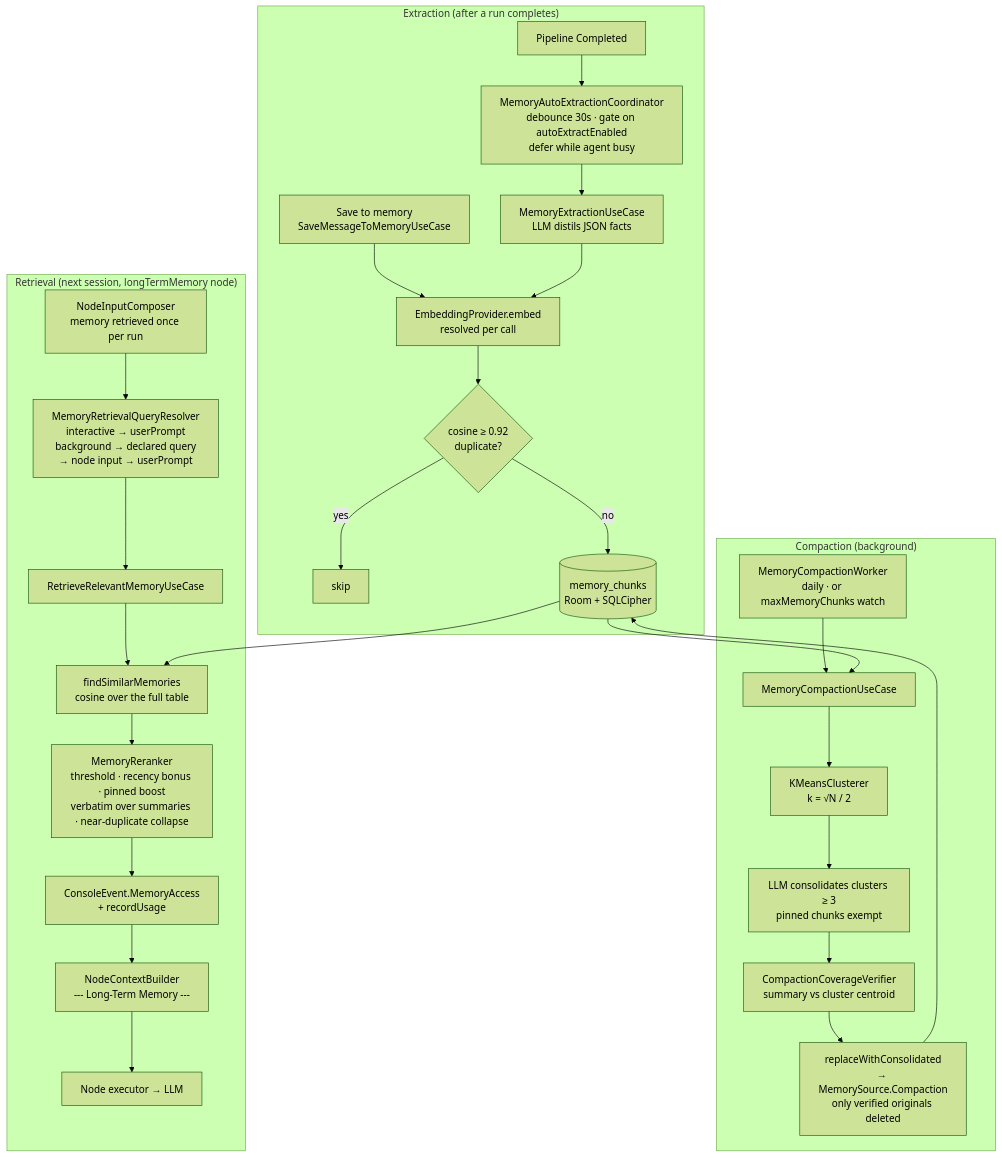
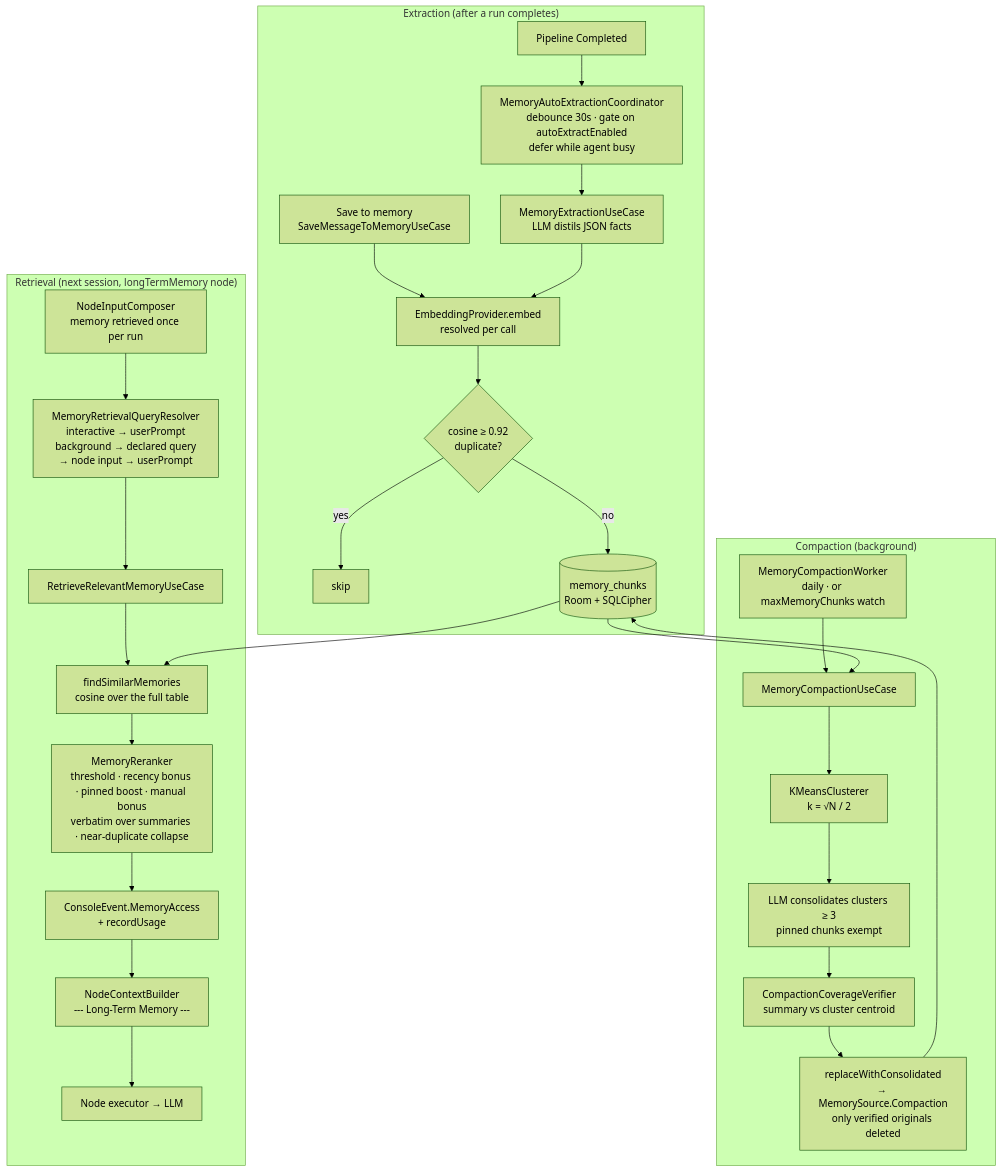
One commit to alexeyw/knotwork changed the third of 10 diagrams in docs/architecture.md. Above: the diagram before and after it, drawn with Mermaid (forest theme). The commit also changed other lines of this file and 9 other files, not shown here.

````diff
--- a/docs/architecture.md
+++ b/docs/architecture.md
@@ -314,33 +314,33 @@
 ```mermaid
 flowchart TB
     subgraph Extraction["Extraction (after a run completes)"]
         Done[Pipeline Completed] --> Coord[MemoryAutoExtractionCoordinator<br/>debounce 30s · gate on autoExtractEnabled<br/>defer while agent busy]
         Coord --> Extract[MemoryExtractionUseCase<br/>LLM distils JSON facts]
         Manual[Save to memory<br/>SaveMessageToMemoryUseCase] --> Embed
         Extract --> Embed[EmbeddingProvider.embed<br/>resolved per call]
         Embed --> Dedup{cosine ≥ 0.92<br/>duplicate?}
         Dedup -- yes --> Drop[skip]
         Dedup -- no --> Store[(memory_chunks<br/>Room + SQLCipher)]
     end
 
     subgraph Retrieval["Retrieval (next session, longTermMemory node)"]
         Engine[NodeInputComposer<br/>memory retrieved once per run] --> Key[MemoryRetrievalQueryResolver<br/>interactive → userPrompt<br/>background → declared query<br/>→ node input → userPrompt]
         Key --> Retrieve[RetrieveRelevantMemoryUseCase]
         Retrieve --> Search[findSimilarMemories<br/>cosine over the full table]
         Store --> Search
-        Search --> Rerank[MemoryReranker<br/>threshold · recency bonus · pinned boost<br/>verbatim over summaries · near-duplicate collapse]
+        Search --> Rerank[MemoryReranker<br/>threshold · recency bonus · pinned boost · manual bonus<br/>verbatim over summaries · near-duplicate collapse]
         Rerank --> Console[ConsoleEvent.MemoryAccess<br/>+ recordUsage]
         Console --> Block[NodeContextBuilder<br/>--- Long-Term Memory ---]
         Block --> LLM[Node executor → LLM]
     end
 
     subgraph Compaction["Compaction (background)"]
         Worker[MemoryCompactionWorker<br/>daily · or maxMemoryChunks watch] --> Compact[MemoryCompactionUseCase]
         Store --> Compact
         Compact --> Cluster[KMeansClusterer<br/>k = √N / 2]
         Cluster --> Consolidate[LLM consolidates clusters ≥ 3<br/>pinned chunks exempt]
         Consolidate --> Verify[CompactionCoverageVerifier<br/>summary vs cluster centroid]
         Verify --> Replace[replaceWithConsolidated<br/>→ MemorySource.Compaction<br/>only verified originals deleted]
         Replace --> Store
     end
 ```
````
